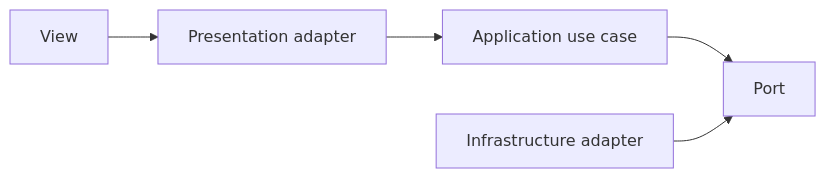
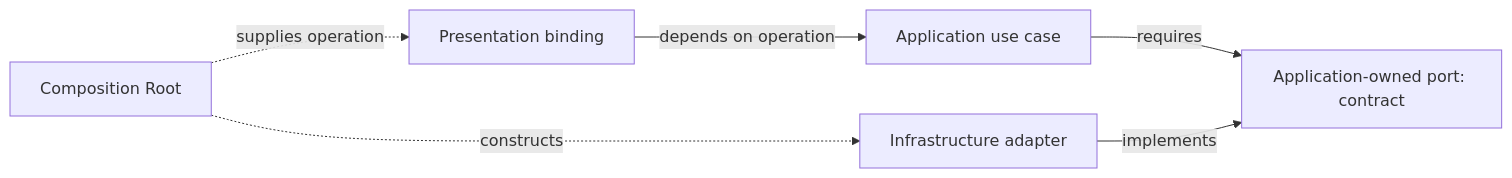
The fifth of 5 diagrams in frontend/state-management.md (AndresTaoFlorez/software-architecture), drawn with Mermaid before and after one commit. The commit also changed other lines of this file, not shown here.

Commit message:
docs: stop mixing runtime data flow with port source dependencies

````diff
--- a/frontend/state-management.md
+++ b/frontend/state-management.md
@@ -263,5 +264,8 @@
 ```mermaid
 flowchart LR
-    V["View"] --> P["Presentation adapter"] --> A["Application use case"] --> PORT["Port"]
-    I["Infrastructure adapter"] --> PORT
+    V["Presentation binding"] -->|"depends on operation"| A["Application use case"]
+    A -->|"requires"| PORT["Application-owned port: contract"]
+    I["Infrastructure adapter"] -->|"implements"| PORT
+    ROOT["Composition Root"] -.->|"constructs"| I
+    ROOT -.->|"supplies operation"| V
 ```
````
